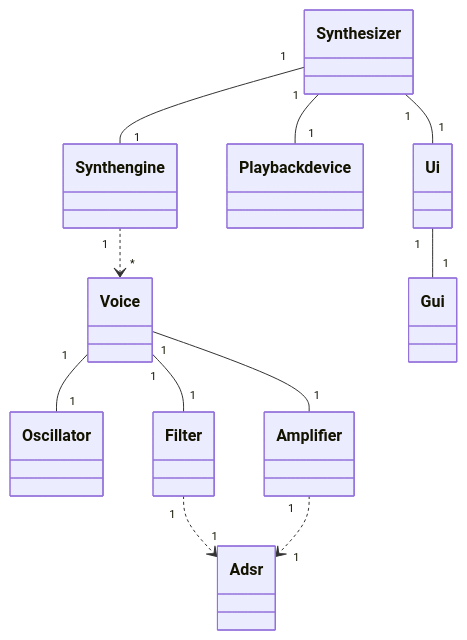
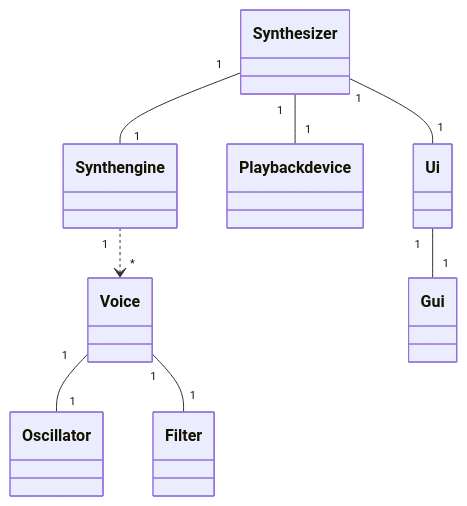
One commit to rudolf-heiskanen/ot-harjoitustyo changed the first of 2 diagrams in dokumentaatio/arkkitehtuuri.md. Above: the diagram before and after it, drawn with Mermaid. The commit also changed other lines of this file and 9 other files, not shown here.

````diff
--- a/dokumentaatio/arkkitehtuuri.md
+++ b/dokumentaatio/arkkitehtuuri.md
@@ -17,25 +16,20 @@
 ```mermaid
 classDiagram
     class Synthesizer
     class Synthengine
     class Playbackdevice
     class Voice
     class Oscillator
-    class Amplifier
     class Filter
-    class Adsr
     class Ui
     class Gui
 
     Synthesizer "1" -- "1" Synthengine
     Synthesizer "1" -- "1" Playbackdevice
     Synthesizer "1" -- "1" Ui
     Ui "1" -- "1" Gui
 
     Synthengine "1" ..> "*" Voice
     Voice "1" -- "1" Oscillator
     Voice "1" -- "1" Filter
-    Voice "1" -- "1" Amplifier
-    Filter "1" ..> "1"  Adsr
-    Amplifier "1" ..> "1" Adsr
 ```
````
